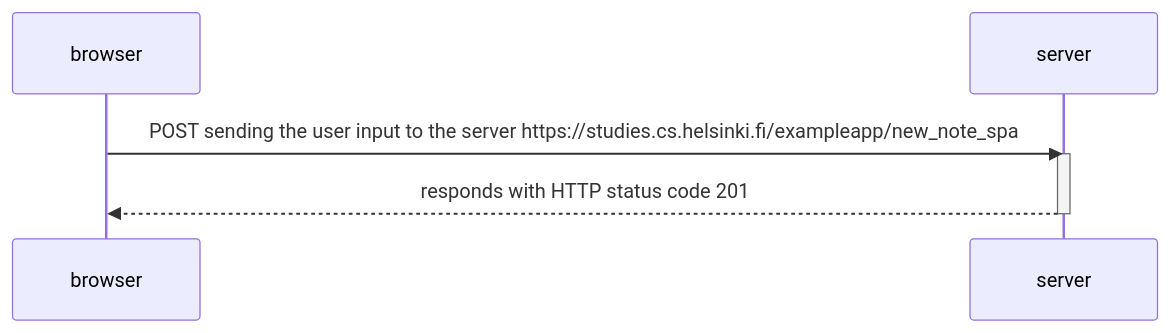
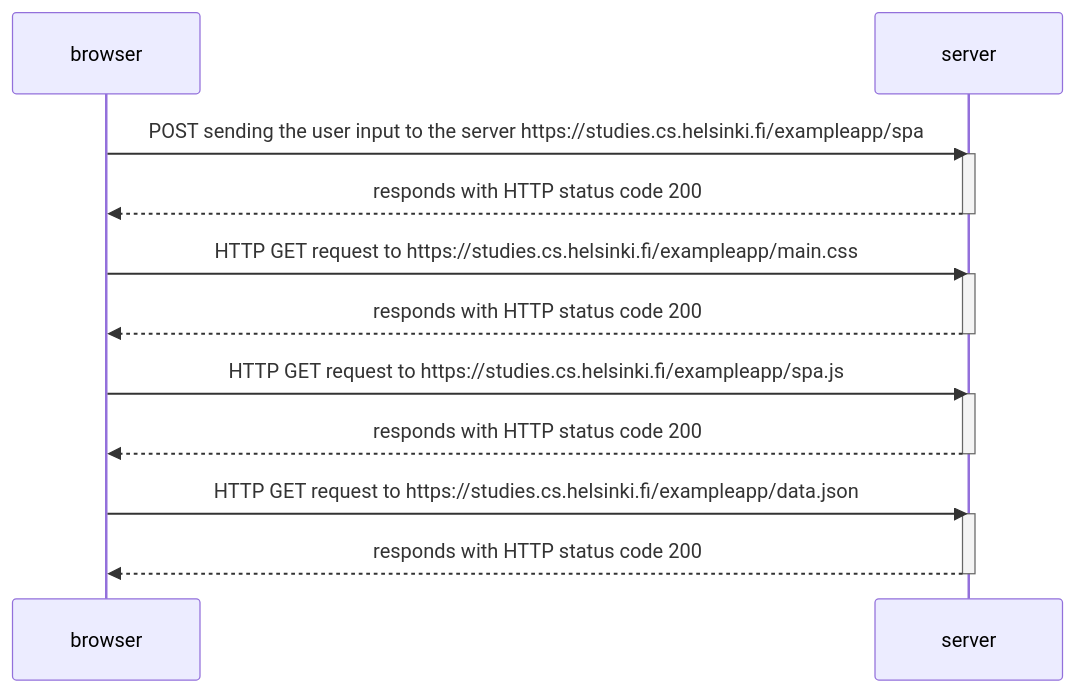
The diagram in part0/0.5SinglePageAppDiagram.md (EruVangeance/HelsinkiUniCourse), drawn with Mermaid before and after one commit. The commit also changed 1 other file, not shown here.

Commit message:
exercise

````diff
--- a/part0/0.5SinglePageAppDiagram.md
+++ b/part0/0.5SinglePageAppDiagram.md
@@ -1,10 +1,22 @@
 ```mermaid
 sequenceDiagram
     participant browser
     participant server
 
-    browser->>server: POST sending the user input to the server https://studies.cs.helsinki.fi/exampleapp/new_note_spa
+    browser->>server: POST sending the user input to the server https://studies.cs.helsinki.fi/exampleapp/spa
     activate server
-    server-->>browser: responds with HTTP status code 201
+    server-->>browser: responds with HTTP status code 200
+    deactivate server
+    browser->>server: HTTP GET request to https://studies.cs.helsinki.fi/exampleapp/main.css
+    activate server
+    server-->>browser: responds with HTTP status code 200
+    deactivate server
+    browser->>server: HTTP GET request to https://studies.cs.helsinki.fi/exampleapp/spa.js
+    activate server
+    server-->>browser: responds with HTTP status code 200
+    deactivate server
+    browser->>server: HTTP GET request to https://studies.cs.helsinki.fi/exampleapp/data.json
+    activate server
+    server-->>browser: responds with HTTP status code 200
     deactivate server
 ```
````
